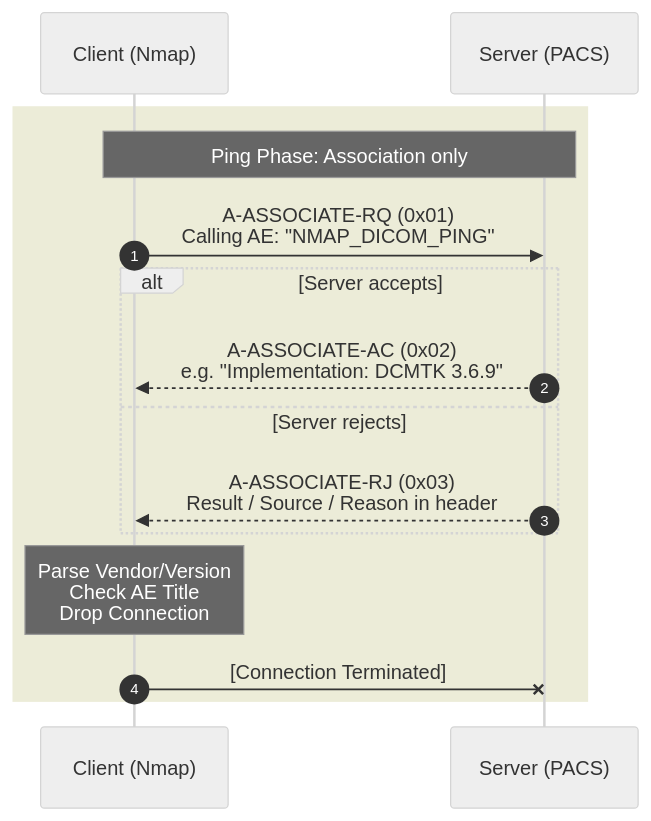
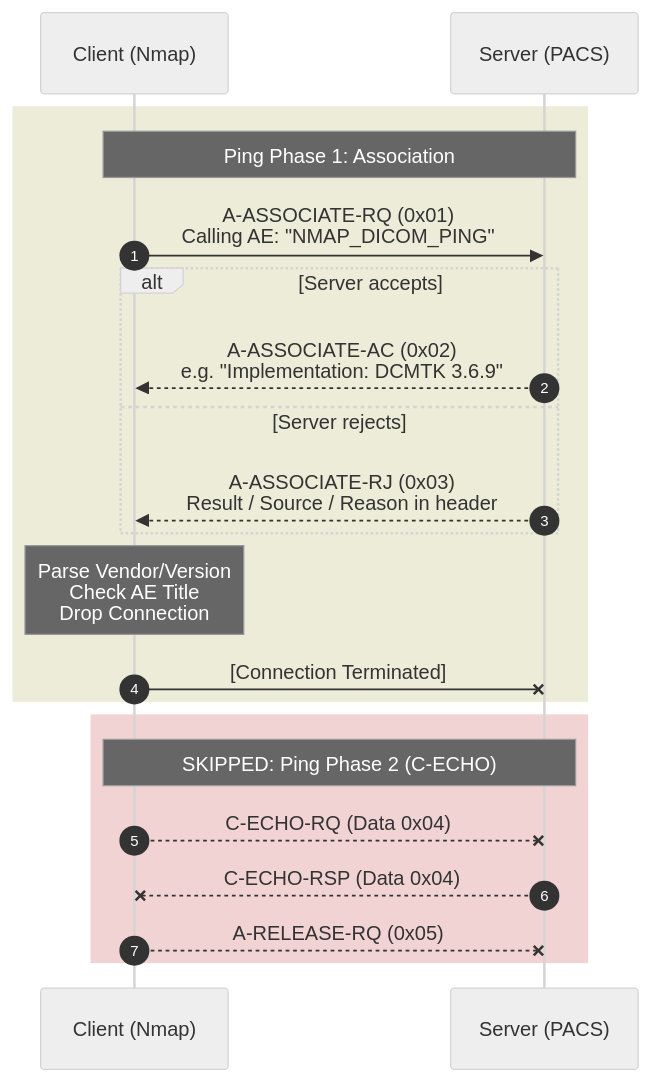
The diagram in _posts/2026-04-09-nmap-dicom.md (tmart234/tmart234.github.io), drawn with Mermaid (neutral theme) before and after one commit. The commit also changed other lines of this file, not shown here.

Commit message:
Restore SKIPPED Phase 2 in mermaid diagram, drop prose duplicate instead

```diff
--- a/_posts/2026-04-09-nmap-dicom.md
+++ b/_posts/2026-04-09-nmap-dicom.md
@@ -121,18 +121,25 @@
 <div class="mermaid">
 sequenceDiagram
     autonumber
     participant C as Client (Nmap)
     participant S as Server (PACS)
 
     rect rgba(180, 180, 100, 0.25)
-    Note over C,S: Ping Phase: Association only
+    Note over C,S: Ping Phase 1: Association
     C->>S: A-ASSOCIATE-RQ (0x01)<br/>Calling AE: "NMAP_DICOM_PING"
     alt Server accepts
         S-->>C: A-ASSOCIATE-AC (0x02)<br/>e.g. "Implementation: DCMTK 3.6.9"
     else Server rejects
         S-->>C: A-ASSOCIATE-RJ (0x03)<br/>Result / Source / Reason in header
     end
     Note over C: Parse Vendor/Version<br/>Check AE Title<br/>Drop Connection
     C-xS: [Connection Terminated]
     end
+
+    rect rgba(200, 80, 80, 0.25)
+    Note over C,S: SKIPPED: Ping Phase 2 (C-ECHO)
+    C--xS: C-ECHO-RQ (Data 0x04)
+    S--xC: C-ECHO-RSP (Data 0x04)
+    C--xS: A-RELEASE-RQ (0x05)
+    end
 </div>
```
